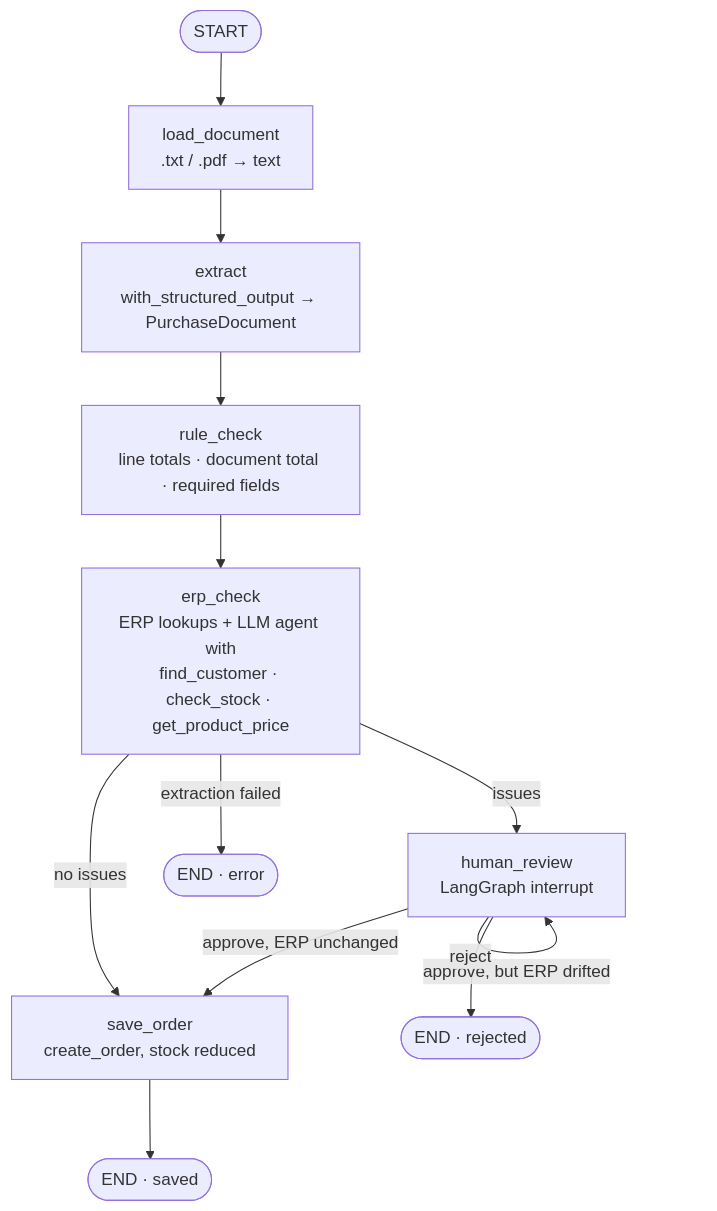
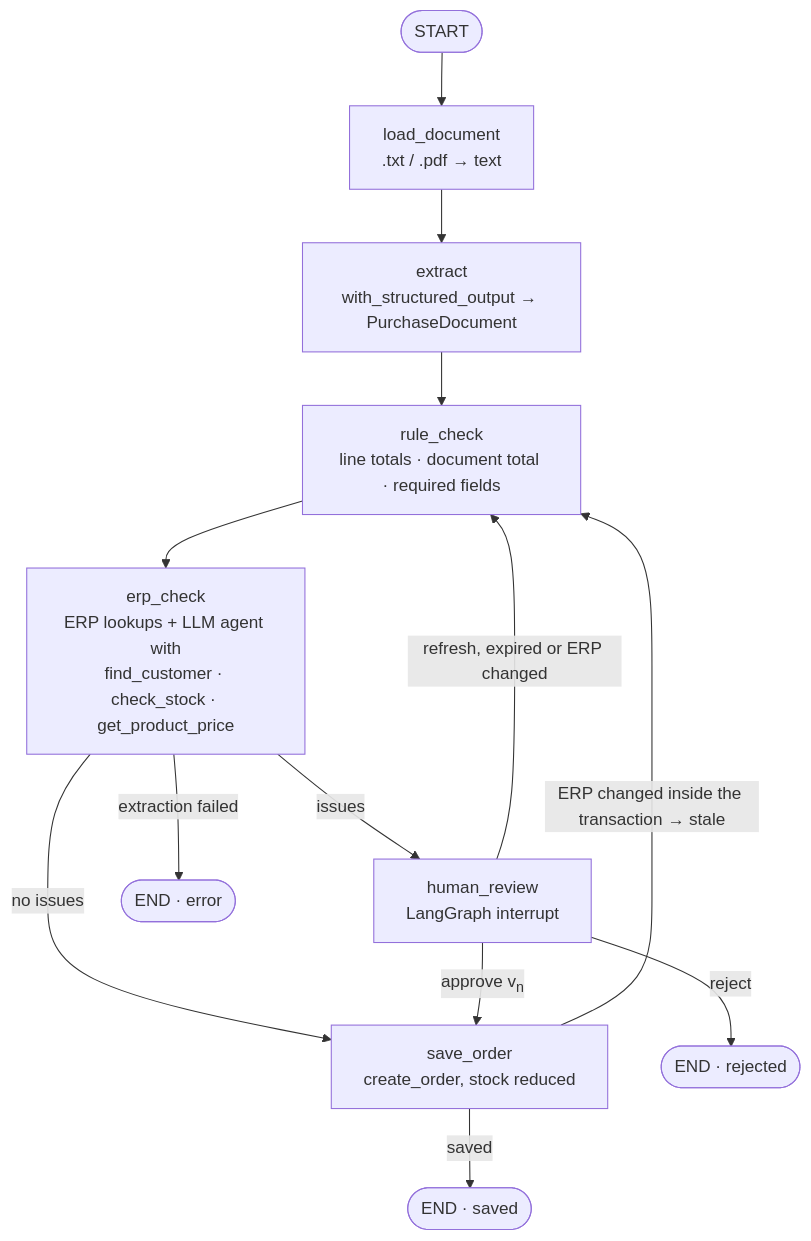
The first of 2 diagrams in README.md (lakkadumang06/ERP_Agent), drawn with Mermaid before and after one commit. The commit also changed other lines of this file and 25 other files, not shown here.

````diff
--- a/README.md
+++ b/README.md
@@ -82,14 +82,15 @@
 ```mermaid
 flowchart TD
     S([START]) --> A[load_document<br/>.txt / .pdf → text]
     A --> B[extract<br/>with_structured_output → PurchaseDocument]
     B --> C[rule_check<br/>line totals · document total · required fields]
     C --> D[erp_check<br/>ERP lookups + LLM agent with<br/>find_customer · check_stock · get_product_price]
     D -->|no issues| F[save_order<br/>create_order, stock reduced]
     D -->|issues| E[human_review<br/>LangGraph interrupt]
     D -->|extraction failed| X([END · error])
-    E -->|approve, ERP unchanged| F
-    E -->|approve, but ERP drifted| E
+    E -->|approve v<sub>n</sub>| F
+    E -->|refresh, expired or ERP changed| C
     E -->|reject| Y([END · rejected])
-    F --> Z([END · saved])
+    F -->|saved| Z([END · saved])
+    F -->|ERP changed inside the transaction → stale| C
 ```
````
